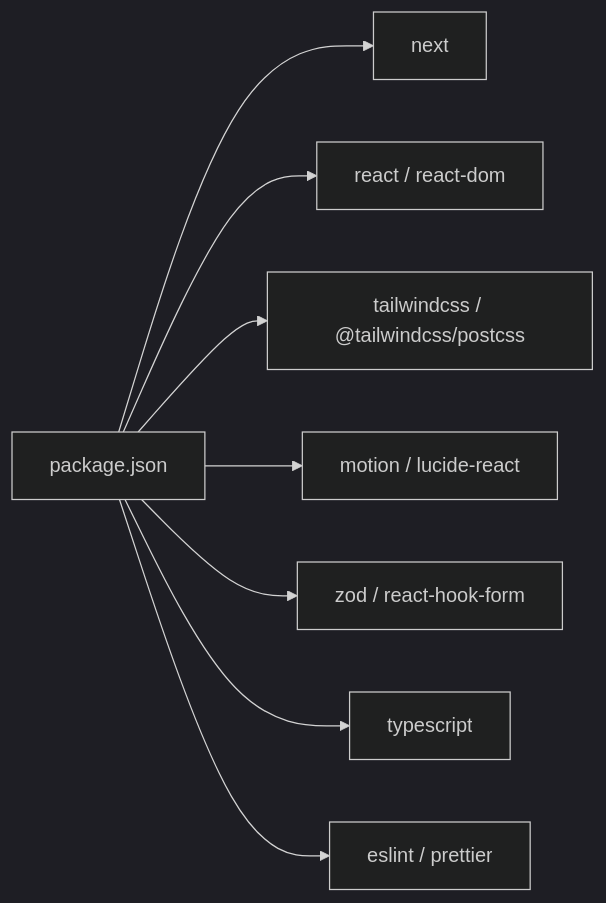
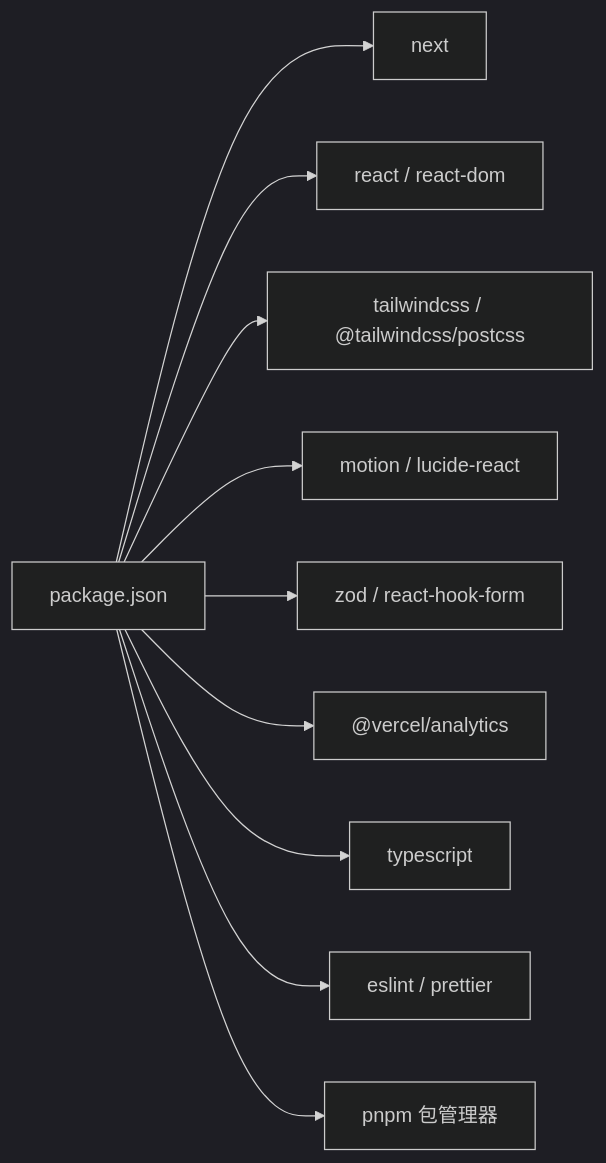
One commit to florianjsun/next-portfolio changed the fifth of 5 diagrams in .qoder/repowiki/zh/content/配置指南/构建部署配置.md. Above: the diagram before and after it, drawn with Mermaid (dark theme). The commit also changed other lines of this file and 80 other files, not shown here.

````diff
--- a/.qoder/repowiki/zh/content/配置指南/构建部署配置.md
+++ b/.qoder/repowiki/zh/content/配置指南/构建部署配置.md
@@ -282,10 +335,12 @@
 ```mermaid
 graph LR
 P["package.json"] --> N["next"]
 P --> R["react / react-dom"]
 P --> T["tailwindcss / @tailwindcss/postcss"]
 P --> M["motion / lucide-react"]
 P --> Z["zod / react-hook-form"]
+P --> A["@vercel/analytics"]
 P --> TS["typescript"]
 P --> ESL["eslint / prettier"]
+P --> PM["pnpm 包管理器"]
 ```
````
